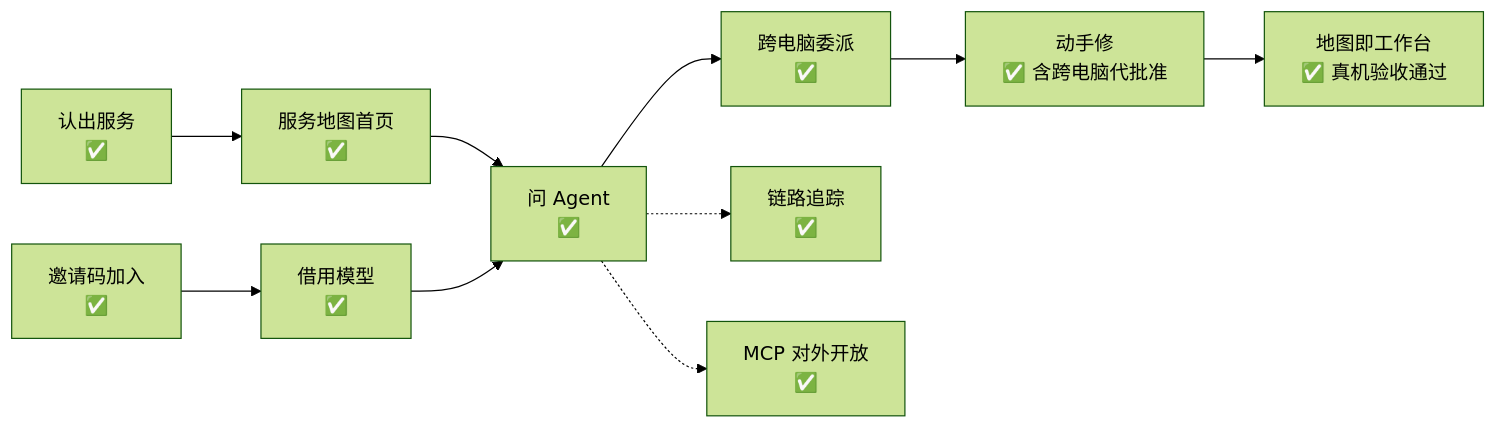
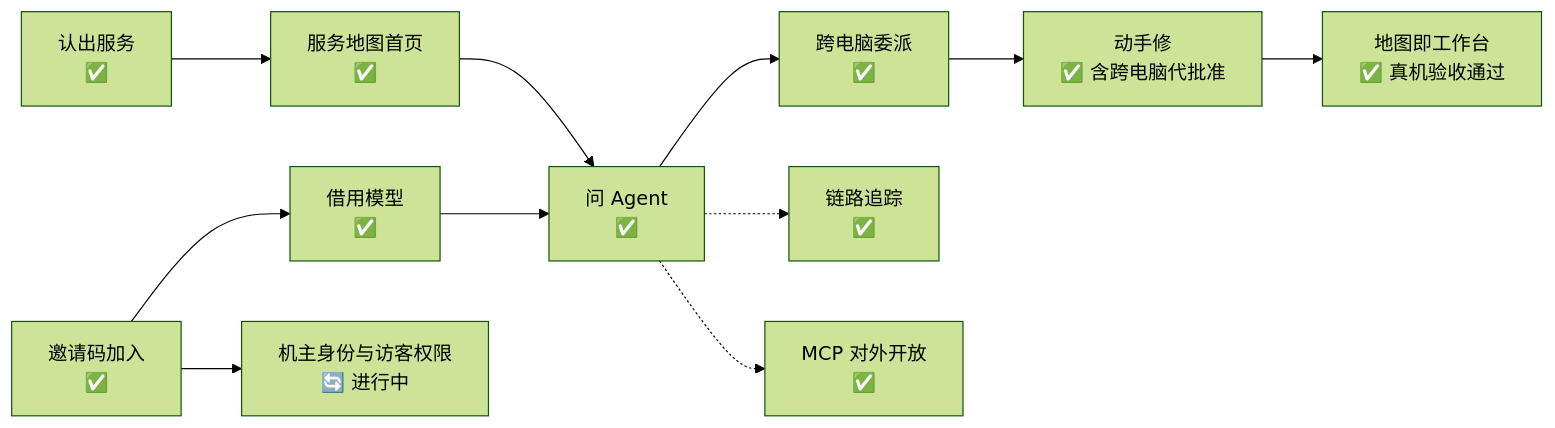
The diagram in docs/project/roadmap.md (Sugarfarmeriod/TunnelMinion), drawn with Mermaid (forest theme) before and after one commit. The commit also changed other lines of this file, not shown here.

Commit message:
docs: 路线图记录加固完成与机主身份进度 (#198)

````diff
--- a/docs/project/roadmap.md
+++ b/docs/project/roadmap.md
@@ -15,12 +15,13 @@
 ```mermaid
 flowchart LR
     S["认出服务<br/>✅"] --> M["服务地图首页<br/>✅"]
     M --> Q["问 Agent<br/>✅"]
     Q --> D["跨电脑委派<br/>✅"]
     D --> R["动手修<br/>✅ 含跨电脑代批准"]
     R --> W["地图即工作台<br/>✅ 真机验收通过"]
     J["邀请码加入<br/>✅"] --> B["借用模型<br/>✅"]
+    J --> I["机主身份与访客权限<br/>🔄 进行中"]
     B --> Q
     Q -.-> O["链路追踪<br/>✅"]
     Q -.-> X["MCP 对外开放<br/>✅"]
 ```
````
